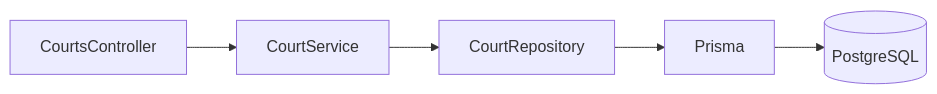
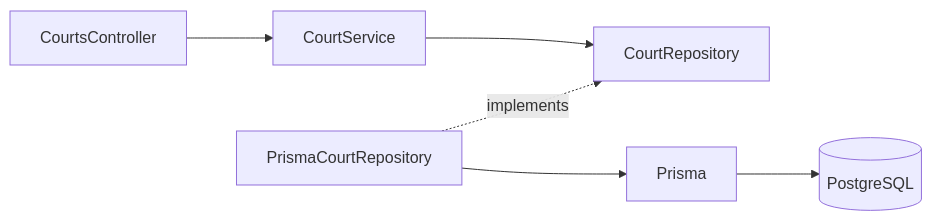
Before and after one commit to edionay/courtly: the first of 2 diagrams in docs/architecture.md, drawn with Mermaid. The commit also changed other lines of this file and 5 other files, not shown here.

Commit message:
docs: separate repository contracts from Prisma implementations

````diff
--- a/docs/architecture.md
+++ b/docs/architecture.md
@@ -18,7 +18,8 @@
 ```mermaid
 flowchart LR
     Controller[CourtsController] --> Service[CourtService]
     Service --> Repository[CourtRepository]
-    Repository --> Prisma[Prisma]
+    Implementation[PrismaCourtRepository] -. implements .-> Repository
+    Implementation --> Prisma[Prisma]
     Prisma --> Database[(PostgreSQL)]
 ```
````
